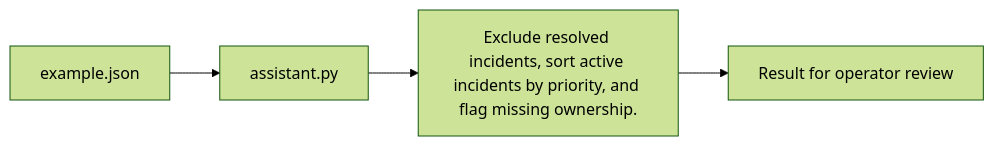
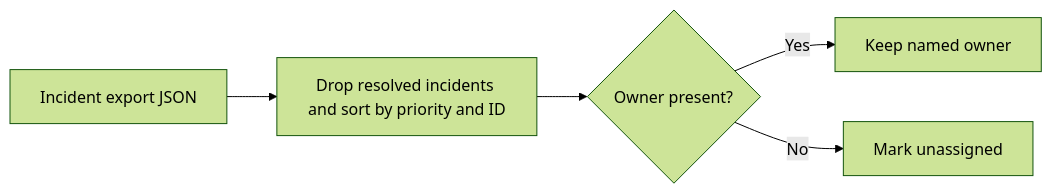
Before and after one commit to Klokesh493/on-call-handoff-assistant: the diagram in docs/ARCHITECTURE.md, drawn with Mermaid (forest theme). The commit also changed 1 other file, not shown here.

Commit message:
Show the project decision flow in its README

````diff
--- a/docs/ARCHITECTURE.md
+++ b/docs/ARCHITECTURE.md
@@ -5,8 +5,11 @@
 ```mermaid
 flowchart LR
-    N0["example.json"]
-    N1["assistant.py"]
-    N2["Exclude resolved incidents, sort active incidents by priority, and flag missing ownership."]
-    N3["Result for operator review"]
-    N0 --> N1 --> N2 --> N3
+    A["Incident export JSON"]
+    B["Drop resolved incidents and sort by priority and ID"]
+    C{"Owner present?"}
+    D["Keep named owner"]
+    E["Mark unassigned"]
+    A --> B --> C
+    C -->|Yes| D
+    C -->|No| E
 ```
````
